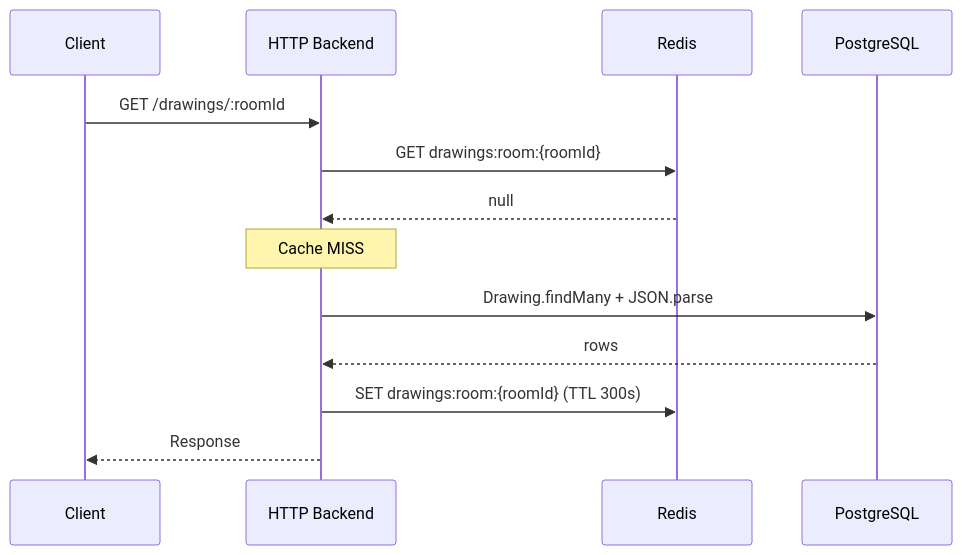
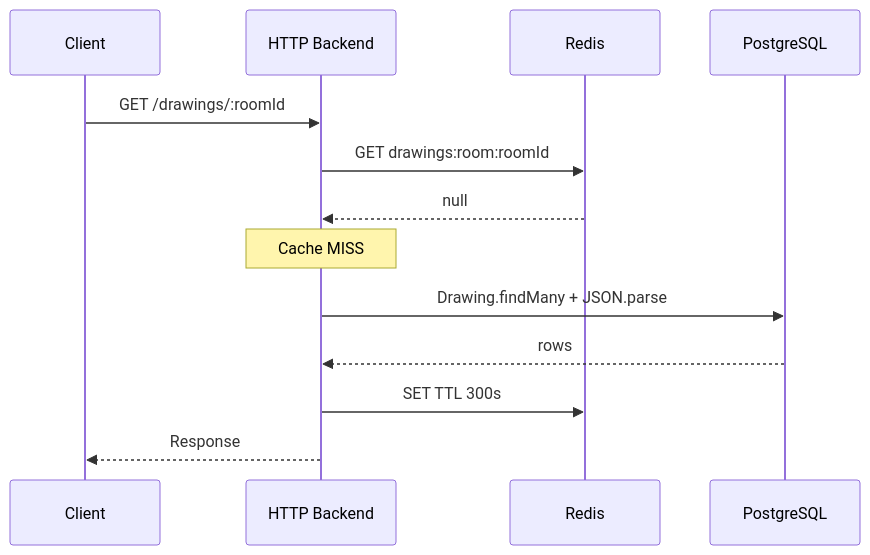
The third of 12 diagrams in README.md (shivamkr082003/draw-app), drawn with Mermaid before and after one commit. The commit also changed other lines of this file, not shown here.

Commit message:
docs: improve README and diagrams

````diff
--- a/README.md
+++ b/README.md
@@ -129,16 +199,16 @@
 ```mermaid
 sequenceDiagram
     participant C as Client
     participant H as HTTP Backend
     participant R as Redis
     participant P as PostgreSQL
 
     C->>H: GET /drawings/:roomId
-    H->>R: GET drawings:room:{roomId}
+    H->>R: GET drawings:room:roomId
     R-->>H: null
     Note over H: Cache MISS
     H->>P: Drawing.findMany + JSON.parse
     P-->>H: rows
-    H->>R: SET drawings:room:{roomId} (TTL 300s)
+    H->>R: SET TTL 300s
     H-->>C: Response
 ```
````
